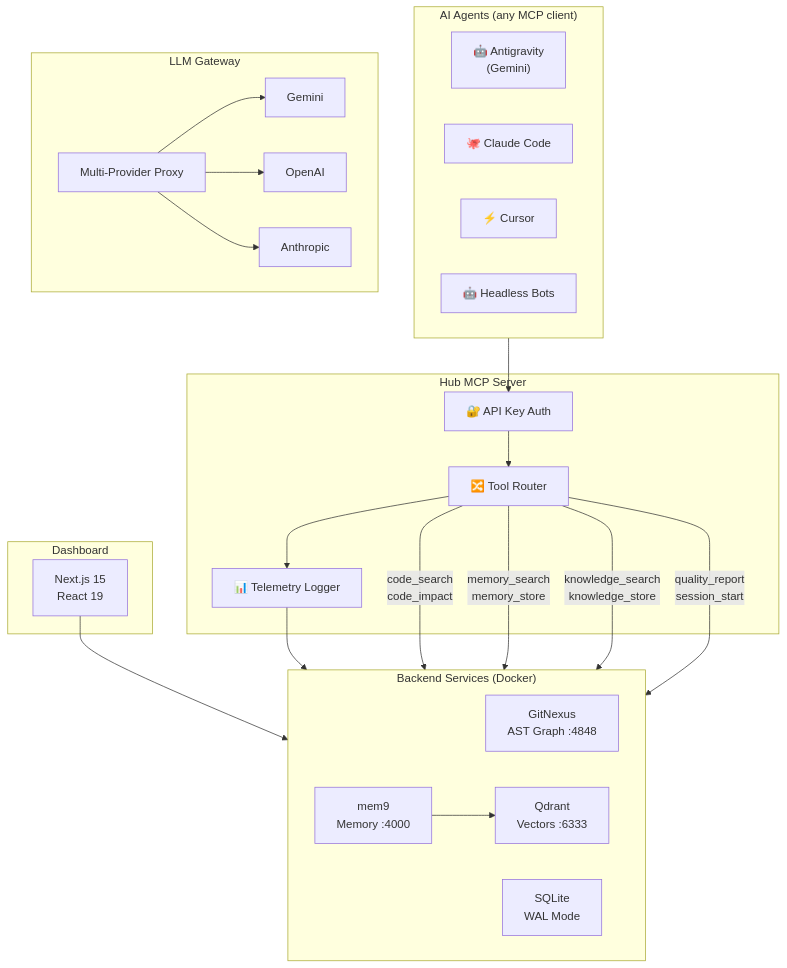
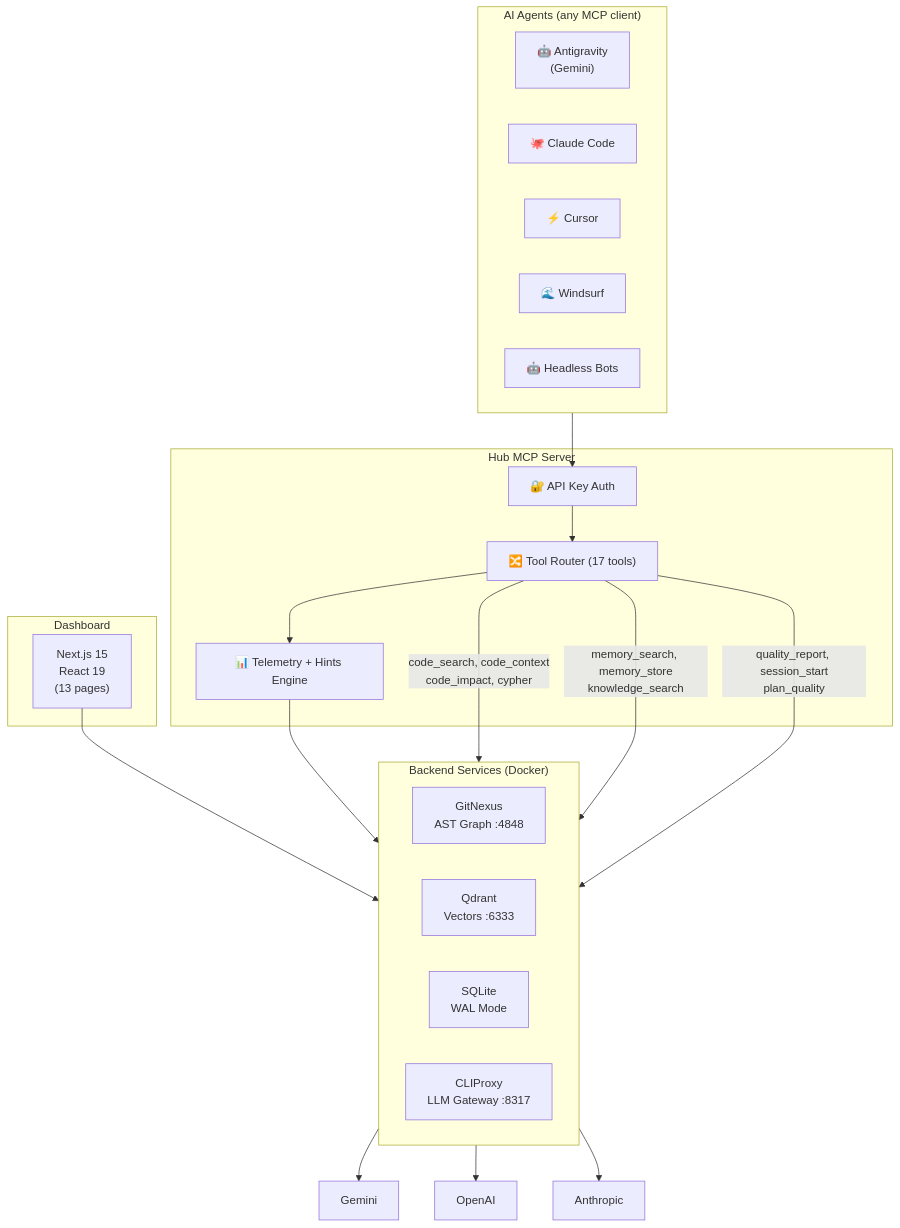
Before and after one commit to mrss2707/cortex-hub: the diagram in README.md, drawn with Mermaid. The commit also changed other lines of this file, not shown here.

````diff
--- a/README.md
+++ b/README.md
@@ -67,44 +67,36 @@
 ```mermaid
 graph TB
     subgraph Agents["AI Agents (any MCP client)"]
         AG["🤖 Antigravity<br/>(Gemini)"]
         CC["🐙 Claude Code"]
         CU["⚡ Cursor"]
+        WS["🌊 Windsurf"]
         BOT["🤖 Headless Bots"]
     end
 
     subgraph Gateway["Hub MCP Server"]
         AUTH["🔐 API Key Auth"]
-        ROUTER["🔀 Tool Router"]
-        TEL["📊 Telemetry Logger"]
+        ROUTER["🔀 Tool Router (17 tools)"]
+        TEL["📊 Telemetry + Hints Engine"]
     end
 
     subgraph Services["Backend Services (Docker)"]
         direction LR
         GN["GitNexus<br/>AST Graph :4848"]
-        M9["mem9<br/>Memory :4000"]
         QD["Qdrant<br/>Vectors :6333"]
         DB["SQLite<br/>WAL Mode"]
-    end
-
-    subgraph LLM["LLM Gateway"]
-        PROXY["Multi-Provider Proxy"]
-        GEM["Gemini"]
-        OAI["OpenAI"]
-        ANT["Anthropic"]
+        CLIP["CLIProxy<br/>LLM Gateway :8317"]
     end
 
     subgraph Frontend["Dashboard"]
-        DASH["Next.js 15<br/>React 19"]
+        DASH["Next.js 15<br/>React 19<br/>(13 pages)"]
     end
 
     Agents --> AUTH --> ROUTER --> TEL
     TEL --> Services
-    ROUTER -->|"code_search<br/>code_impact"| GN
-    ROUTER -->|"memory_search<br/>memory_store"| M9
-    ROUTER -->|"knowledge_search<br/>knowledge_store"| QD
-    ROUTER -->|"quality_report<br/>session_start"| DB
-    PROXY --> GEM & OAI & ANT
+    ROUTER -->|"code_search, code_context<br/>code_impact, cypher"| GN
+    ROUTER -->|"memory_search, memory_store<br/>knowledge_search"| QD
+    ROUTER -->|"quality_report, session_start<br/>plan_quality"| DB
+    CLIP --> GEM["Gemini"] & OAI["OpenAI"] & ANT["Anthropic"]
     DASH --> DB
-    M9 --> QD
 ```
````
